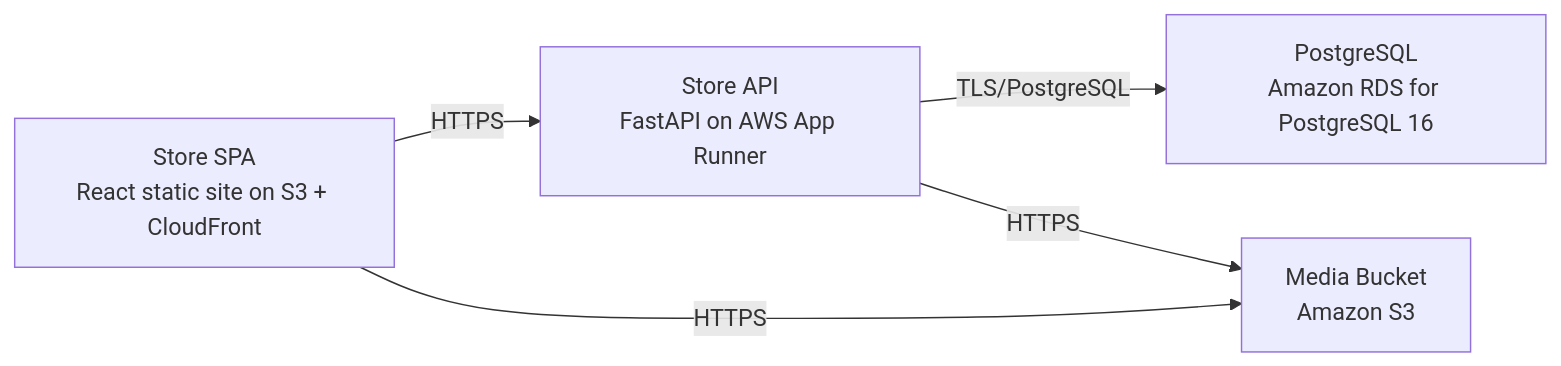
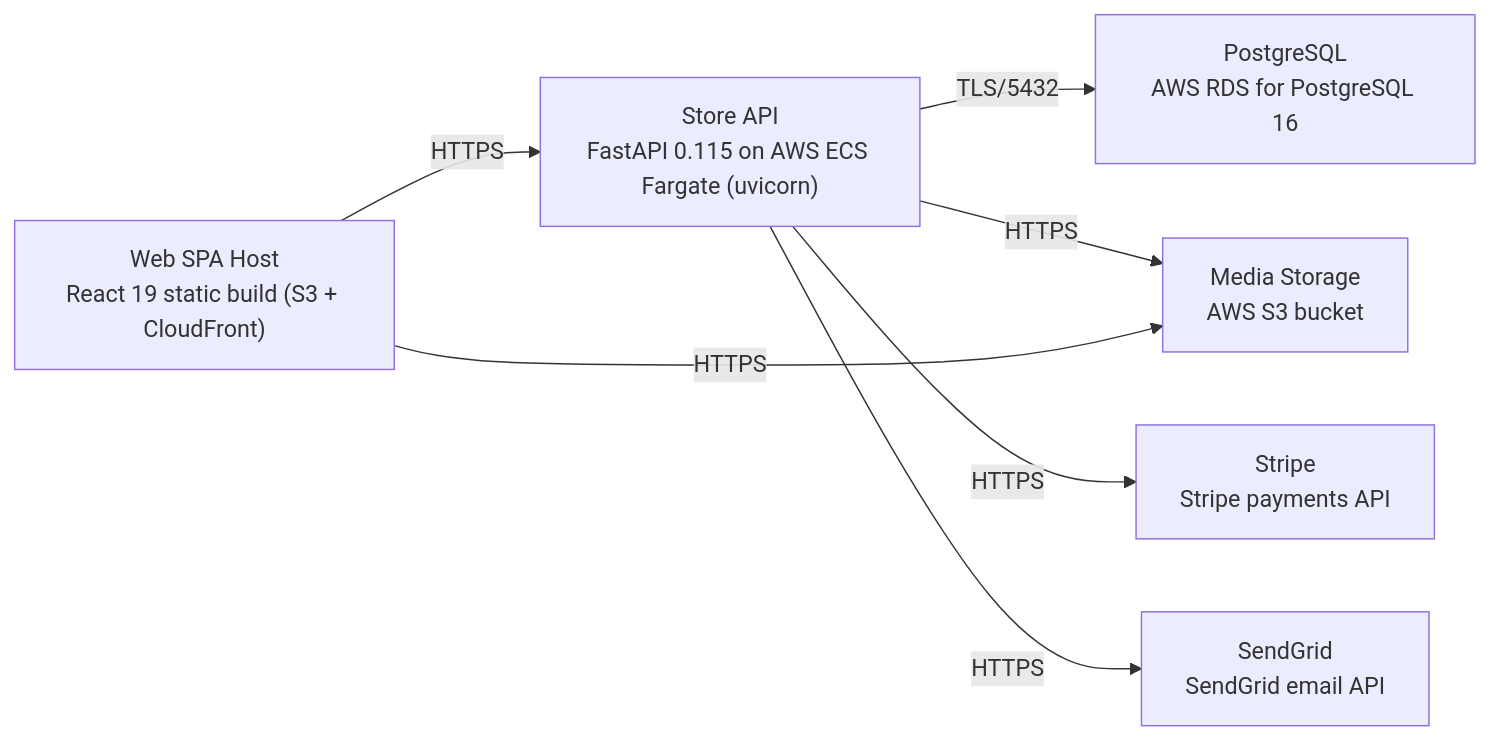
Before and after one commit to saitejaquorq/store-app: the diagram in docs/sdlc/deployment/deployment-guide.md, drawn with Mermaid. The commit also changed other lines of this file and 15 other files, not shown here.

````diff
--- a/docs/sdlc/deployment/deployment-guide.md
+++ b/docs/sdlc/deployment/deployment-guide.md
@@ -23,11 +25,15 @@
 ```mermaid
 graph LR
-  n_Store_SPA["Store SPA<br/>React static site on S3 + CloudFront"]
-  n_Store_API["Store API<br/>FastAPI on AWS App Runner"]
-  n_PostgreSQL["PostgreSQL<br/>Amazon RDS for PostgreSQL 16"]
-  n_Media_Bucket["Media Bucket<br/>Amazon S3"]
-  n_Store_SPA -->|"HTTPS"| n_Store_API
-  n_Store_API -->|"TLS/PostgreSQL"| n_PostgreSQL
-  n_Store_API -->|"HTTPS"| n_Media_Bucket
-  n_Store_SPA -->|"HTTPS"| n_Media_Bucket
+  n_Web_SPA_Host["Web SPA Host<br/>React 19 static build (S3 + CloudFront)"]
+  n_Store_API["Store API<br/>FastAPI 0.115 on AWS ECS Fargate (uvicorn)"]
+  n_PostgreSQL["PostgreSQL<br/>AWS RDS for PostgreSQL 16"]
+  n_Media_Storage["Media Storage<br/>AWS S3 bucket"]
+  n_Stripe["Stripe<br/>Stripe payments API"]
+  n_SendGrid["SendGrid<br/>SendGrid email API"]
+  n_Web_SPA_Host -->|"HTTPS"| n_Store_API
+  n_Store_API -->|"TLS/5432"| n_PostgreSQL
+  n_Store_API -->|"HTTPS"| n_Media_Storage
+  n_Store_API -->|"HTTPS"| n_Stripe
+  n_Store_API -->|"HTTPS"| n_SendGrid
+  n_Web_SPA_Host -->|"HTTPS"| n_Media_Storage
 ```
````
